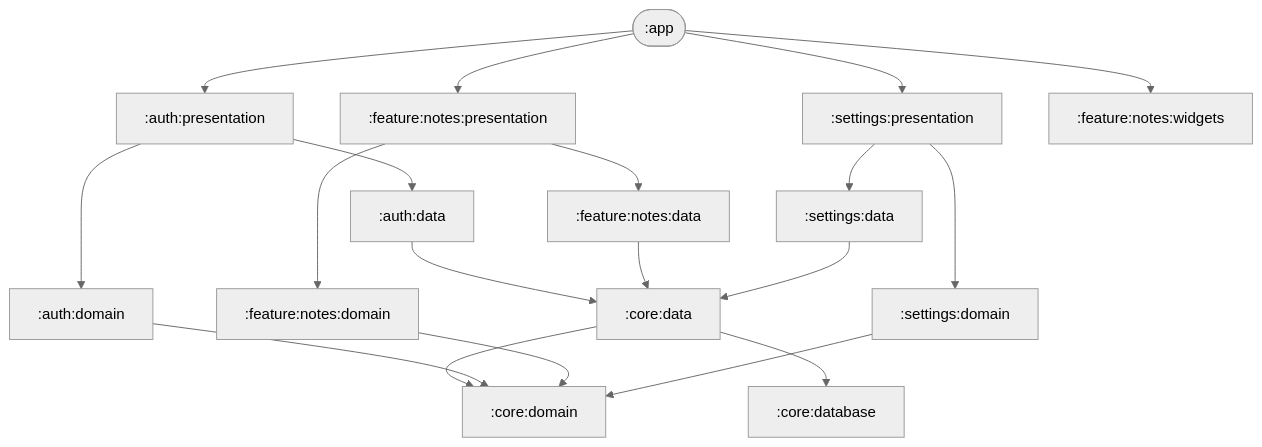
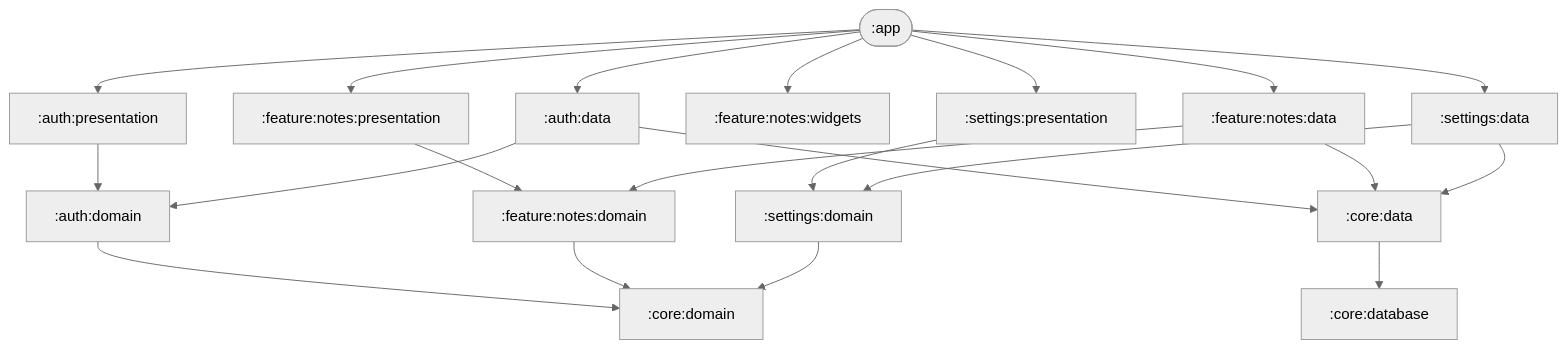
The diagram in README.md (KirillYakub/Noter), drawn with Mermaid (neutral theme) before and after one commit. The commit also changed other lines of this file, not shown here.

Commit message:
Readme update

````diff
--- a/README.md
+++ b/README.md
@@ -14,28 +14,30 @@
 ```mermaid
 graph TD
-    %% App Layer
+    %% App Layer (Composition Root)
     App([:app]) --> AuthPres[:auth:presentation]
     App --> NotesPres[:feature:notes:presentation]
     App --> SettPres[:settings:presentation]
     App --> Widgets[:feature:notes:widgets]
+    App --> AuthData[:auth:data]
+    App --> NotesData[:feature:notes:data]
+    App --> SettData[:settings:data]
 
-    %% Presentation Layer
+    %% Presentation Layer depends strictly on Domain
     AuthPres --> AuthDom[:auth:domain]
     NotesPres --> NotesDom[:feature:notes:domain]
     SettPres --> SettDom[:settings:domain]
 
-    %% Data Layer
-    AuthPres --> AuthData[:auth:data]
-    NotesPres --> NotesData[:feature:notes:data]
-    SettPres --> SettData[:settings:data]
+    %% Data Layer implements Domain interfaces
+    AuthData --> AuthDom
+    NotesData --> NotesDom
+    SettData --> SettDom
 
+    %% Core Foundations
+    AuthDom --> CoreDom[:core:domain]
+    NotesDom --> CoreDom
+    SettDom --> CoreDom
     AuthData --> CoreData[:core:data]
     NotesData --> CoreData
     SettData --> CoreData
-
     CoreData --> CoreDb[:core:database]
-    CoreData --> CoreDom[:core:domain]
-    AuthDom --> CoreDom
-    NotesDom --> CoreDom
-    SettDom --> CoreDom
 ```
````
